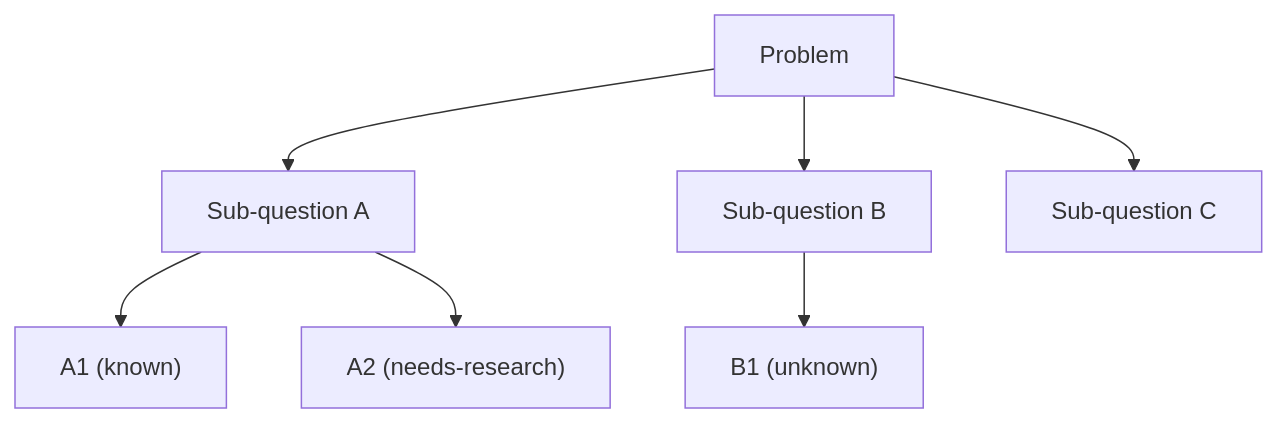
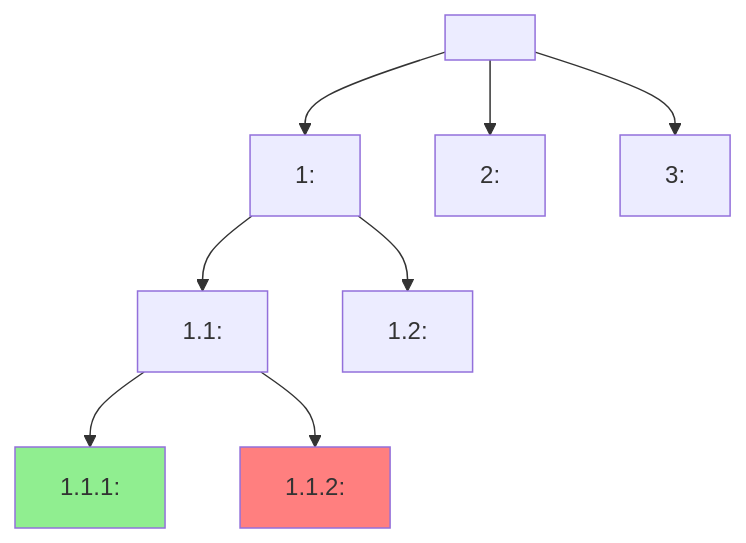
Before and after one commit to bajpainaman/solve: the diagram in frameworks/issue-tree.md, drawn with Mermaid. The commit also changed other lines of this file and 16 other files, not shown here.

````diff
--- a/frameworks/issue-tree.md
+++ b/frameworks/issue-tree.md
@@ -19,16 +336,23 @@
 ```mermaid
 graph TD
-  Root["Problem"]
-  A["Sub-question A"]
-  B["Sub-question B"]
-  C["Sub-question C"]
-  A1["A1 (known)"]
-  A2["A2 (needs-research)"]
-  B1["B1 (unknown)"]
-  Root --> A
-  Root --> B
-  Root --> C
-  A --> A1
-  A --> A2
-  B --> B1
+  Root["<root question>"]
+  B1["1: <branch question>"]
+  B2["2: <branch question>"]
+  B3["3: <branch question>"]
+  L1_1["1.1: <leaf>"]
+  L1_2["1.2: <leaf>"]
+  L1_1_1["1.1.1: <leaf>"]
+  L1_1_2["1.1.2: <leaf>"]
+  Root --> B1
+  Root --> B2
+  Root --> B3
+  B1 --> L1_1
+  B1 --> L1_2
+  L1_1 --> L1_1_1
+  L1_1 --> L1_1_2
+  classDef known fill:#90ee90;
+  classDef unknown fill:#ffd700;
+  classDef research fill:#ff7f7f;
+  class L1_1_1 known
+  class L1_1_2 research
 ```
````
